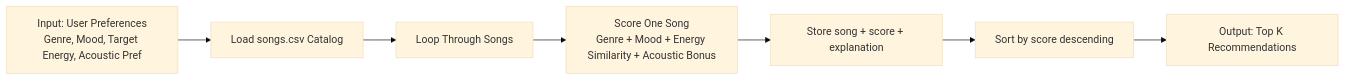
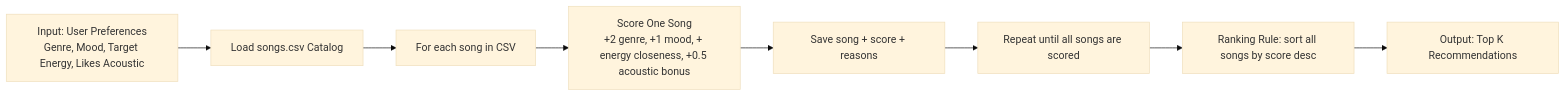
One commit to Anijah05/ai110-module3show-musicrecommendersimulation-starter changed the diagram in README.md. Above: the diagram before and after it, drawn with Mermaid (base theme). The commit also changed other lines of this file and 3 other files, not shown here.

````diff
--- a/README.md
+++ b/README.md
@@ -67,9 +73,10 @@
 ```mermaid
 flowchart LR
-      A[Input: User Preferences\nGenre, Mood, Target Energy, Acoustic Pref] --> B[Load songs.csv Catalog]
-      B --> C[Loop Through Songs]
-      C --> D[Score One Song\nGenre + Mood + Energy Similarity + Acoustic Bonus]
-      D --> E[Store song + score + explanation]
-      E --> F[Sort by score descending]
-      F --> G[Output: Top K Recommendations]
+   A[Input: User Preferences\nGenre, Mood, Target Energy, Likes Acoustic] --> B[Load songs.csv Catalog]
+   B --> C[For each song in CSV]
+   C --> D[Score One Song\n+2 genre, +1 mood, + energy closeness, +0.5 acoustic bonus]
+   D --> E[Save song + score + reasons]
+   E --> F[Repeat until all songs are scored]
+   F --> G[Ranking Rule: sort all songs by score desc]
+   G --> H[Output: Top K Recommendations]
 ```
````
